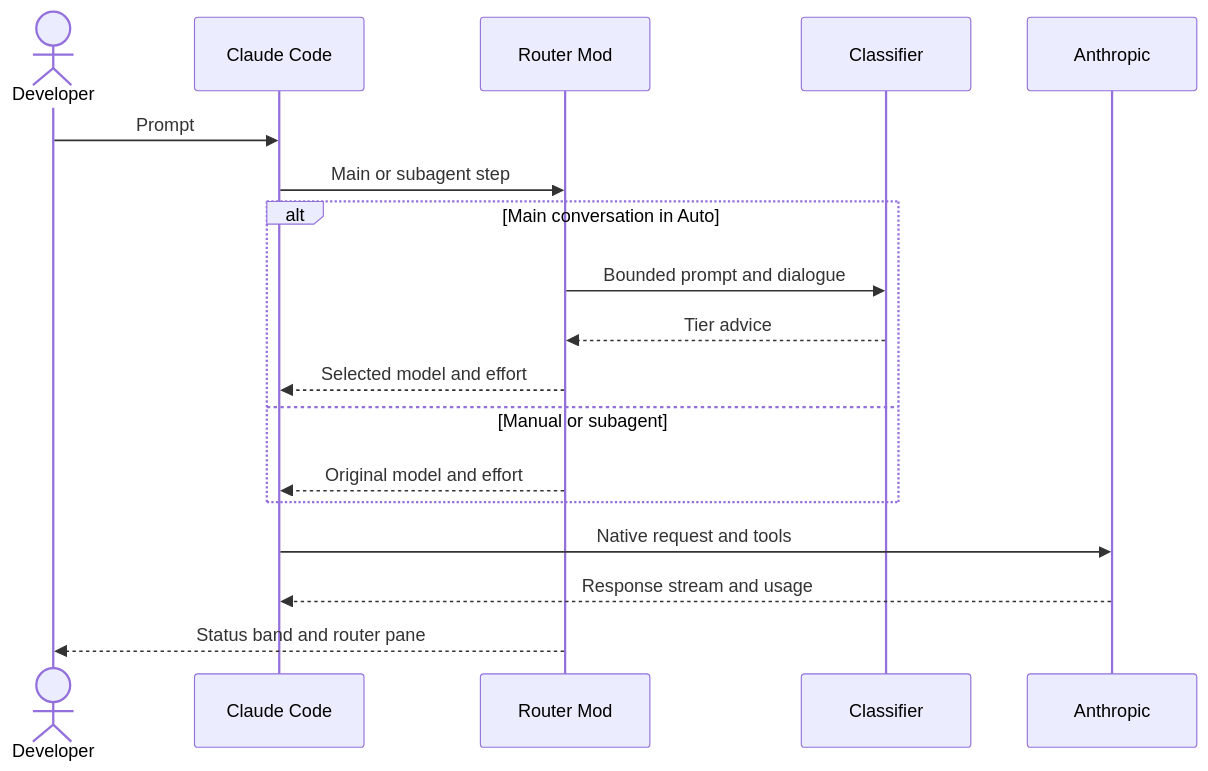
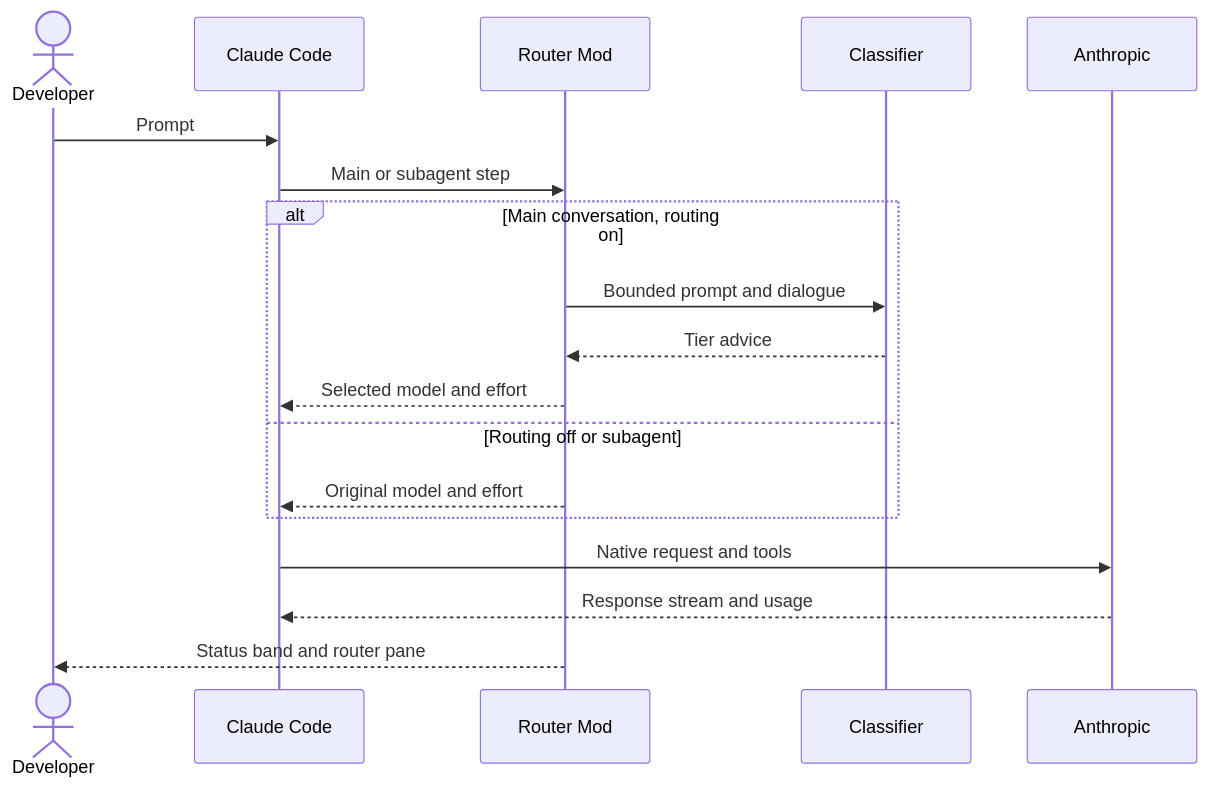
Before and after one commit to alexei-led/claude-router: the diagram in README.md, drawn with Mermaid. The commit also changed other lines of this file and 19 other files, not shown here.

````diff
--- a/README.md
+++ b/README.md
@@ -32,20 +32,20 @@
 ```mermaid
 sequenceDiagram
   actor Dev as Developer
   participant Code as Claude Code
   participant Mod as Router Mod
   participant Cls as Classifier
   participant API as Anthropic
   Dev->>Code: Prompt
   Code->>Mod: Main or subagent step
-  alt Main conversation in Auto
+  alt Main conversation, routing on
     Mod->>Cls: Bounded prompt and dialogue
     Cls-->>Mod: Tier advice
     Mod-->>Code: Selected model and effort
-  else Manual or subagent
+  else Routing off or subagent
     Mod-->>Code: Original model and effort
   end
   Code->>API: Native request and tools
   API-->>Code: Response stream and usage
   Mod-->>Dev: Status band and router pane
 ```
````
